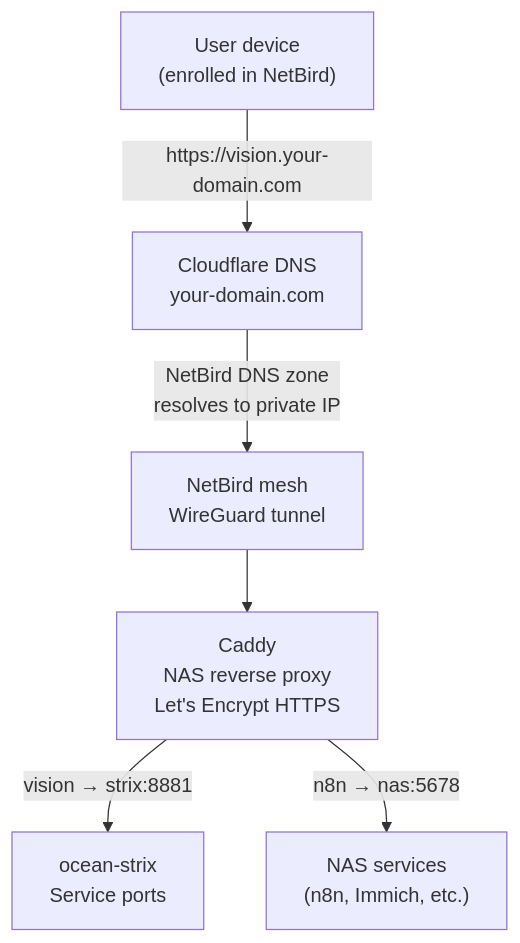
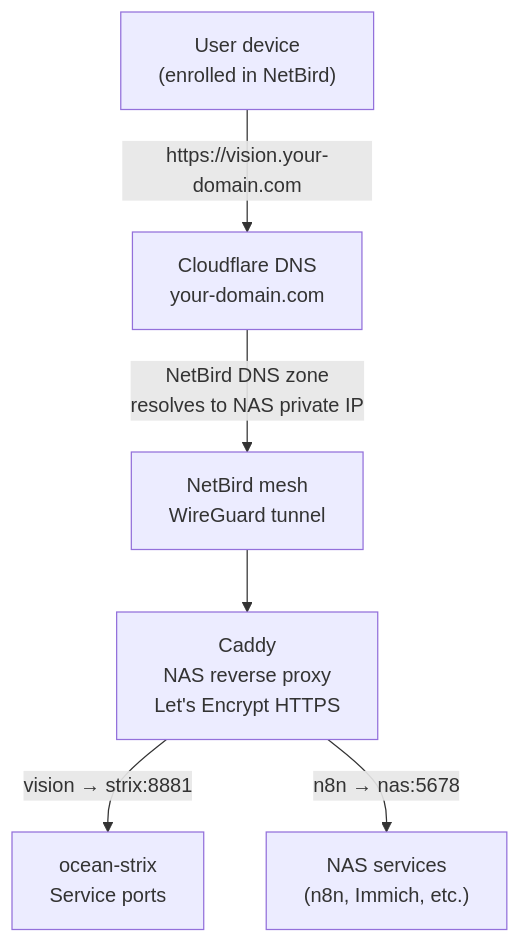
One commit to sagar-kale/homelab-docs changed the third of 6 diagrams in networking/netbird.md. Above: the diagram before and after it, drawn with Mermaid. The commit also changed other lines of this file, not shown here.

Commit message:
docs: expand networking — how NetBird/WireGuard works, security model, Pi-hole + Unbound explained

````diff
--- a/networking/netbird.md
+++ b/networking/netbird.md
@@ -25,15 +73,15 @@
 ```mermaid
 graph TD
     USER["User device\n(enrolled in NetBird)"]
     NB["NetBird mesh\nWireGuard tunnel"]
     CADDY["Caddy\nNAS reverse proxy\nLet's Encrypt HTTPS"]
     STRIX["ocean-strix\nService ports"]
     NAS_SVC["NAS services\n(n8n, Immich, etc.)"]
     CF["Cloudflare DNS\nyour-domain.com"]
 
     USER -->|"https://vision.your-domain.com"| CF
-    CF -->|"NetBird DNS zone\nresolves to private IP"| NB
+    CF -->|"NetBird DNS zone\nresolves to NAS private IP"| NB
     NB --> CADDY
     CADDY -->|"vision → strix:8881"| STRIX
     CADDY -->|"n8n → nas:5678"| NAS_SVC
 ```
````
